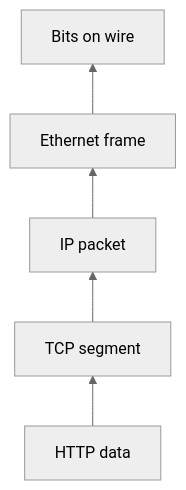
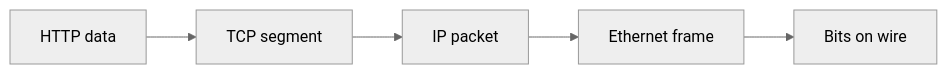
The third of 27 diagrams in 01-networking/README.md (hareramcse/SystemDesign), drawn with Mermaid (neutral theme) before and after one commit. The commit also changed other lines of this file and 14 other files, not shown here.

````diff
--- a/01-networking/README.md
+++ b/01-networking/README.md
@@ -577,7 +190,7 @@
 ```mermaid
-flowchart BT
-    D["HTTP data"] --> T["TCP segment"]
-    T --> I["IP packet"]
-    I --> M["Ethernet frame"]
-    M --> W["Bits on wire"]
+flowchart LR
+    D[HTTP data] --> T[TCP segment]
+    T --> I[IP packet]
+    I --> F[Ethernet frame]
+    F --> B[Bits on wire]
 ```
````
